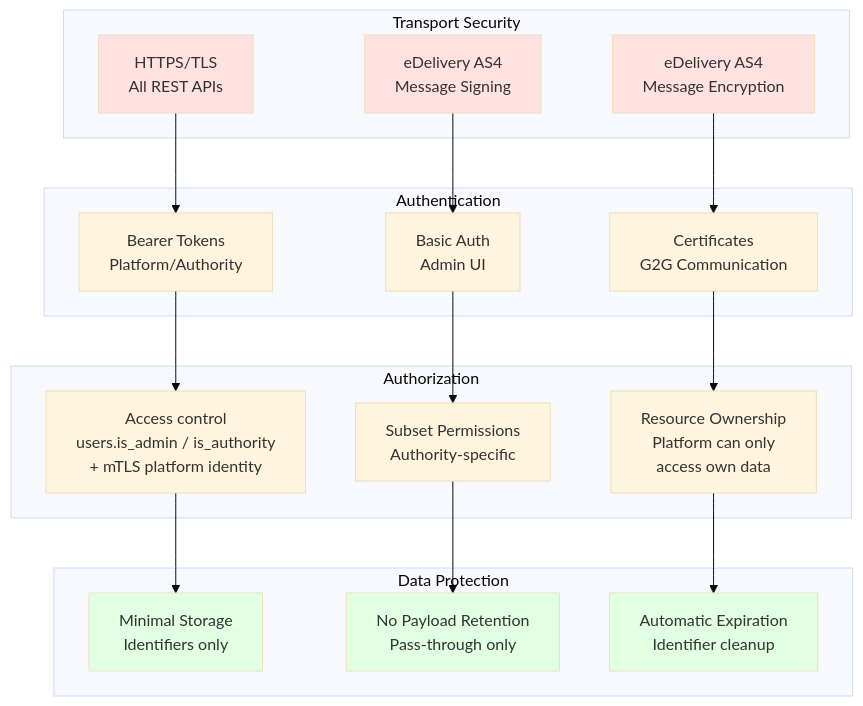
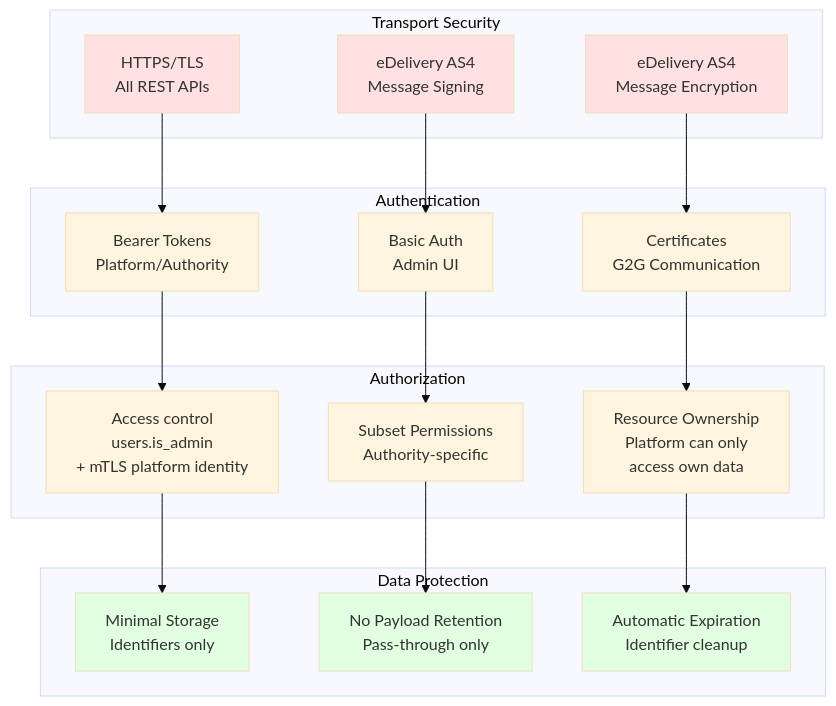
Diagram 11 of 11 in docs/architecture/eFTI-Gate-Reference-Architecture.md (kemit-ee/efti-gate-ee), drawn with Mermaid (base theme) before and after one commit. The commit also changed 43 other files, not shown here.

````diff
--- a/docs/architecture/eFTI-Gate-Reference-Architecture.md
+++ b/docs/architecture/eFTI-Gate-Reference-Architecture.md
@@ -626,45 +626,45 @@
 ```mermaid
 graph TB
     subgraph "Transport Security"
         T1[HTTPS/TLS<br/>All REST APIs]
         T2[eDelivery AS4<br/>Message Signing]
         T3[eDelivery AS4<br/>Message Encryption]
     end
 
     subgraph "Authentication"
         A1[Bearer Tokens<br/>Platform/Authority]
         A2[Basic Auth<br/>Admin UI]
         A3[Certificates<br/>G2G Communication]
     end
 
     subgraph "Authorization"
-        Z1[Access control<br/>users.is_admin / is_authority<br/>+ mTLS platform identity]
+        Z1[Access control<br/>users.is_admin<br/>+ mTLS platform identity]
         Z2[Subset Permissions<br/>Authority-specific]
         Z3[Resource Ownership<br/>Platform can only<br/>access own data]
     end
 
     subgraph "Data Protection"
         D1[Minimal Storage<br/>Identifiers only]
         D2[No Payload Retention<br/>Pass-through only]
         D3[Automatic Expiration<br/>Identifier cleanup]
     end
 
     T1 --> A1
     T2 --> A2
     T3 --> A3
 
     A1 --> Z1
     A2 --> Z2
     A3 --> Z3
 
     Z1 --> D1
     Z2 --> D2
     Z3 --> D3
 
     style T1 fill:#ffe1e1
     style T2 fill:#ffe1e1
     style T3 fill:#ffe1e1
     style D1 fill:#e1ffe1
     style D2 fill:#e1ffe1
     style D3 fill:#e1ffe1
 ```
````
